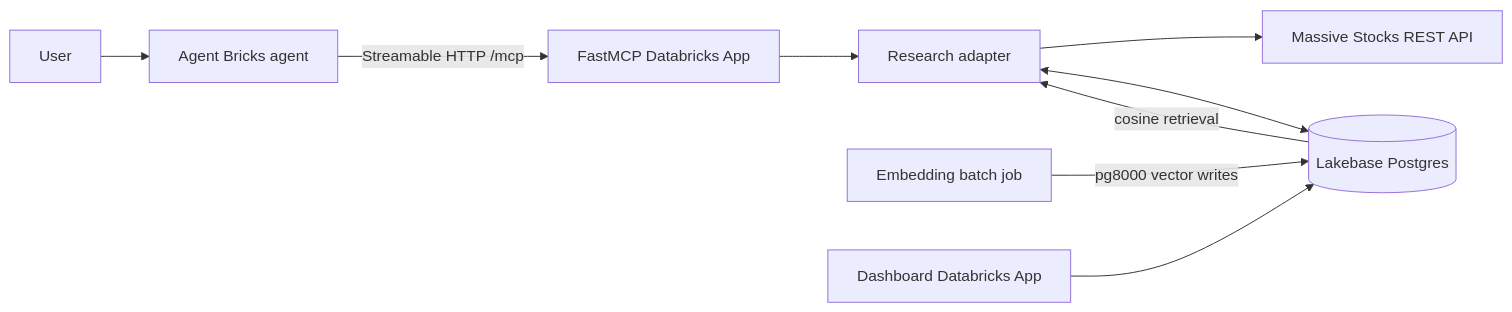
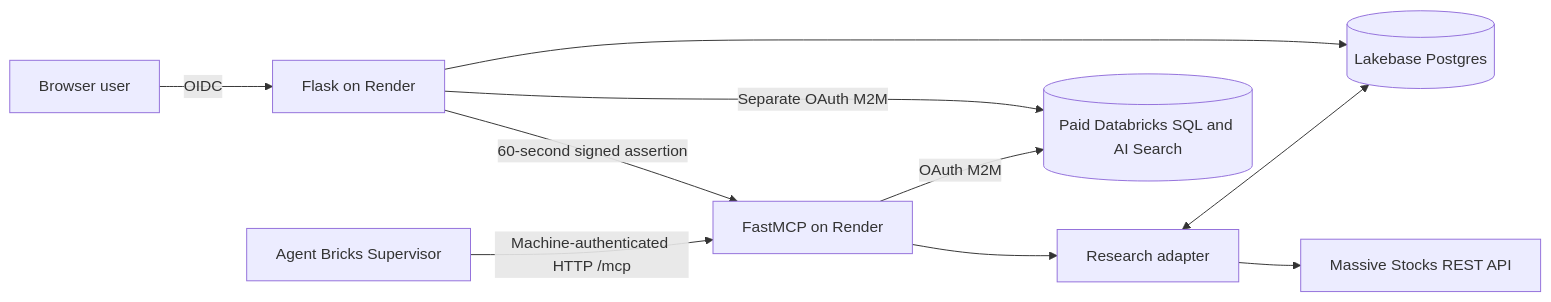
One commit to srinivas-malyala/signal-desk-market-research changed the diagram in README.md. Above: the diagram before and after it, drawn with Mermaid. The commit also changed other lines of this file and 13 other files, not shown here.

````diff
--- a/README.md
+++ b/README.md
@@ -31,11 +31,12 @@
 ```mermaid
 flowchart LR
-  U[User] --> A[Agent Bricks agent]
-  A -->|Streamable HTTP /mcp| M[FastMCP Databricks App]
+  U[Browser user] -->|OIDC| F[Flask on Render]
+  F -->|60-second signed assertion| M[FastMCP on Render]
+  A[Agent Bricks Supervisor] -->|Machine-authenticated HTTP /mcp| M
   M --> B[Research adapter]
   B --> X[Massive Stocks REST API]
   B <--> L[(Lakebase Postgres)]
-  J[Embedding batch job] -->|pg8000 vector writes| L
-  L -->|cosine retrieval| B
-  D[Dashboard Databricks App] --> L
+  M -->|OAuth M2M| D[(Paid Databricks SQL and AI Search)]
+  F -->|Separate OAuth M2M| D
+  F --> L
 ```
````
